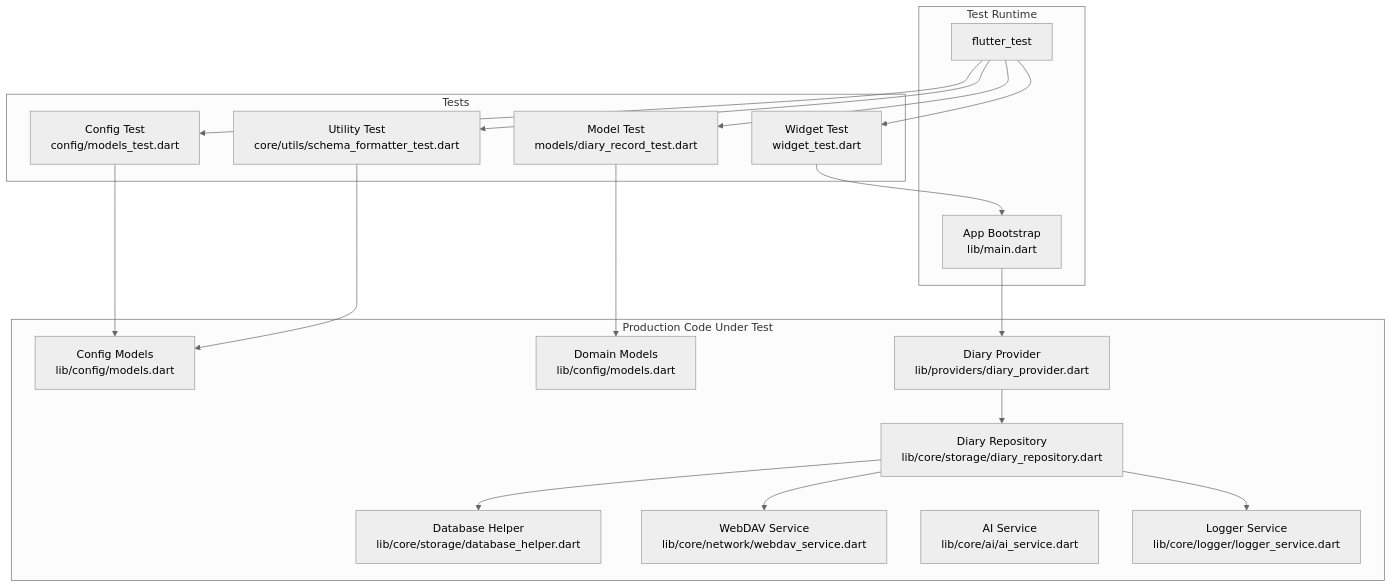
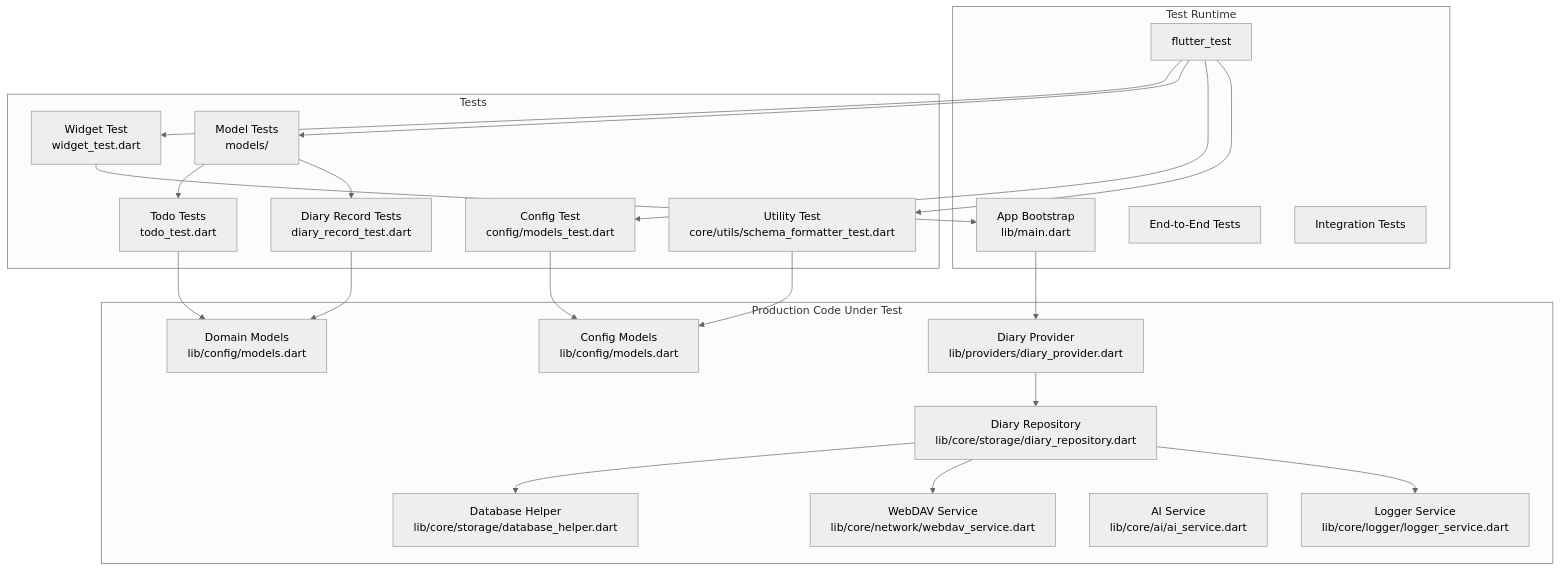
The second of 8 diagrams in .qoder/repowiki/en/content/Testing Strategy.md (favoroo/QNote), drawn with Mermaid (neutral theme) before and after one commit. The commit also changed other lines of this file and 68 other files, not shown here.

````diff
--- a/.qoder/repowiki/en/content/Testing Strategy.md
+++ b/.qoder/repowiki/en/content/Testing Strategy.md
@@ -95,36 +114,43 @@
 ```mermaid
 graph TB
 subgraph "Test Runtime"
 FT["flutter_test"]
 APP["App Bootstrap<br/>lib/main.dart"]
+ENDT["End-to-End Tests"]
+ENDT2["Integration Tests"]
 end
 subgraph "Tests"
 WT["Widget Test<br/>widget_test.dart"]
-MT["Model Test<br/>models/diary_record_test.dart"]
+MT["Model Tests<br/>models/"]
+MT1["Todo Tests<br/>todo_test.dart"]
+MT2["Diary Record Tests<br/>diary_record_test.dart"]
 CT["Config Test<br/>config/models_test.dart"]
 UT["Utility Test<br/>core/utils/schema_formatter_test.dart"]
 end
 subgraph "Production Code Under Test"
 CFG["Config Models<br/>lib/config/models.dart"]
 DM["Domain Models<br/>lib/config/models.dart"]
 DBH["Database Helper<br/>lib/core/storage/database_helper.dart"]
 DR["Diary Repository<br/>lib/core/storage/diary_repository.dart"]
 WDS["WebDAV Service<br/>lib/core/network/webdav_service.dart"]
 AIS["AI Service<br/>lib/core/ai/ai_service.dart"]
 LOG["Logger Service<br/>lib/core/logger/logger_service.dart"]
 DP["Diary Provider<br/>lib/providers/diary_provider.dart"]
 end
 FT --> WT
 FT --> MT
+MT --> MT1
+MT --> MT2
 FT --> CT
 FT --> UT
 WT --> APP
 APP --> DP
 DP --> DR
 DR --> DBH
 DR --> WDS
 DR --> LOG
-MT --> DM
+MT1 --> DM
+MT2 --> DM
 CT --> CFG
 UT --> CFG
 ```
````
